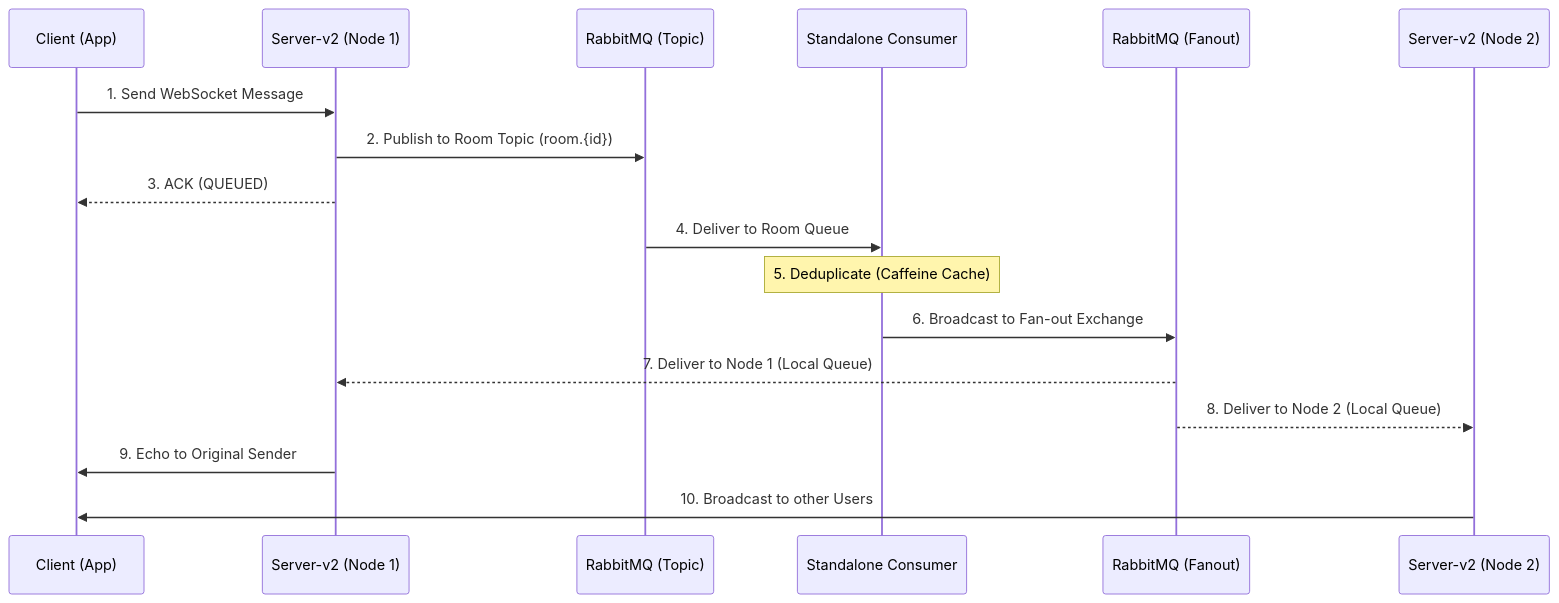
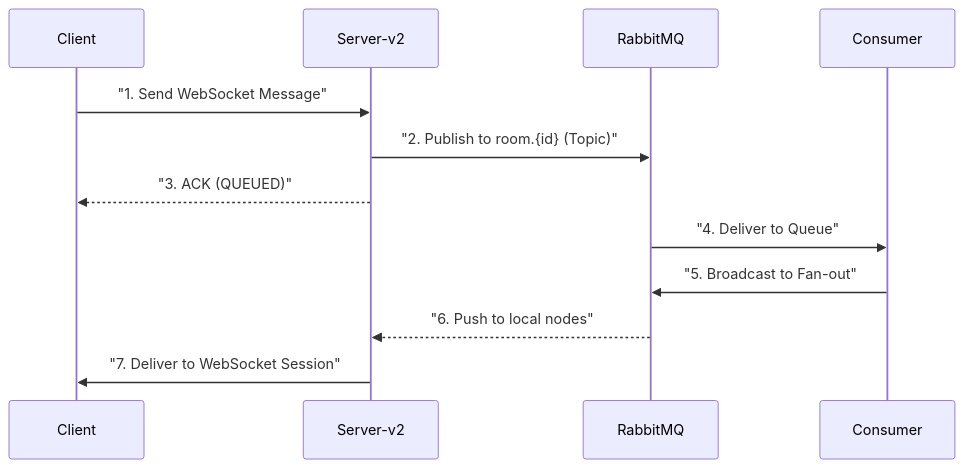
Before and after one commit to StarfishJ/distributed_system_Group_4_project: the second of 2 diagrams in DesignDocument.md, drawn with Mermaid. The commit also changed other lines of this file and 20 other files, not shown here.

````diff
--- a/DesignDocument.md
+++ b/DesignDocument.md
@@ -13,20 +26,15 @@
 ```mermaid
 sequenceDiagram
-    participant C as Client (App)
-    participant S as Server-v2 (Node 1)
-    participant R as RabbitMQ (Topic)
-    participant CONS as Standalone Consumer
-    participant F as RabbitMQ (Fanout)
-    participant S2 as Server-v2 (Node 2)
+    participant C as Client
+    participant S as Server-v2
+    participant RMQ as RabbitMQ
+    participant CONS as Consumer
 
-    C->>S: 1. Send WebSocket Message
-    S->>R: 2. Publish to Room Topic (room.{id})
-    S-->>C: 3. ACK (QUEUED)
-    R->>CONS: 4. Deliver to Room Queue
-    Note over CONS: 5. Deduplicate (Caffeine Cache)
-    CONS->>F: 6. Broadcast to Fan-out Exchange
-    F-->>S: 7. Deliver to Node 1 (Local Queue)
-    F-->>S2: 8. Deliver to Node 2 (Local Queue)
-    S->>C: 9. Echo to Original Sender
-    S2->>C: 10. Broadcast to other Users
+    C->>S: "1. Send WebSocket Message"
+    S->>RMQ: "2. Publish to room.{id} (Topic)"
+    S-->>C: "3. ACK (QUEUED)"
+    RMQ->>CONS: "4. Deliver to Queue"
+    CONS->>RMQ: "5. Broadcast to Fan-out"
+    RMQ-->>S: "6. Push to local nodes"
+    S->>C: "7. Deliver to WebSocket Session"
 ```
````
